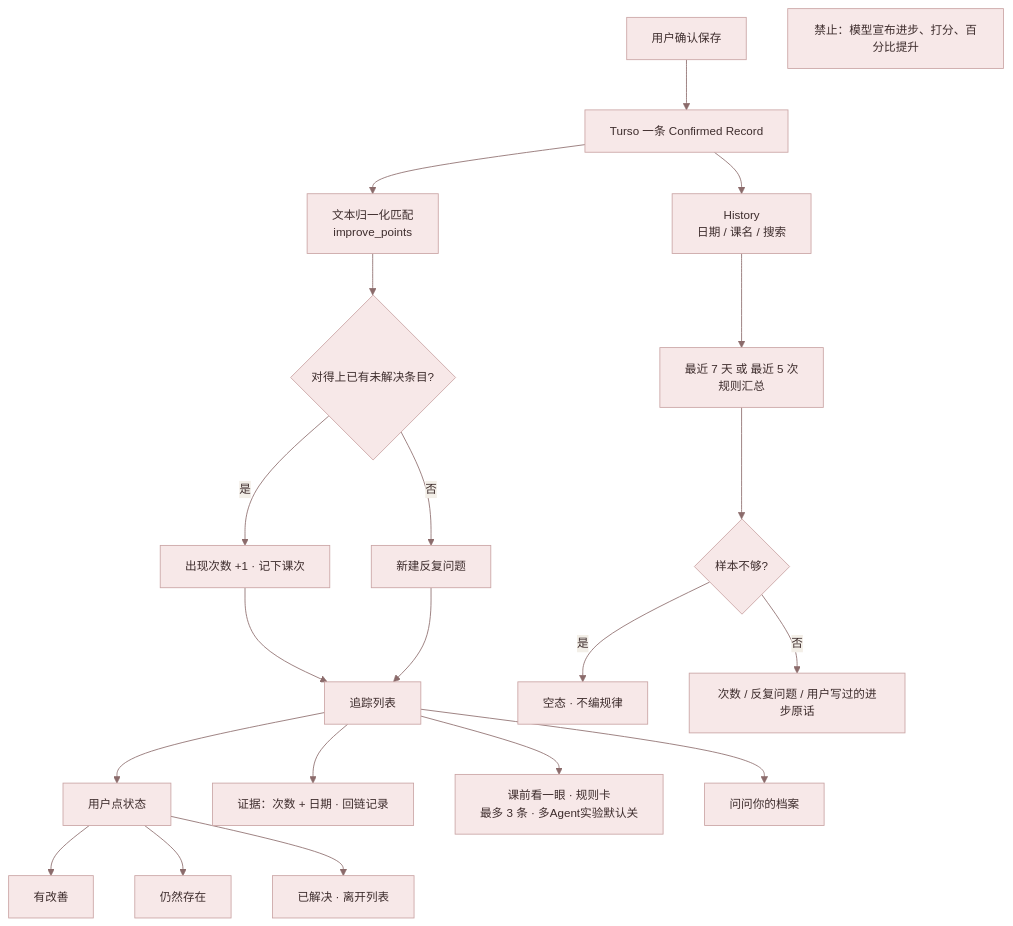
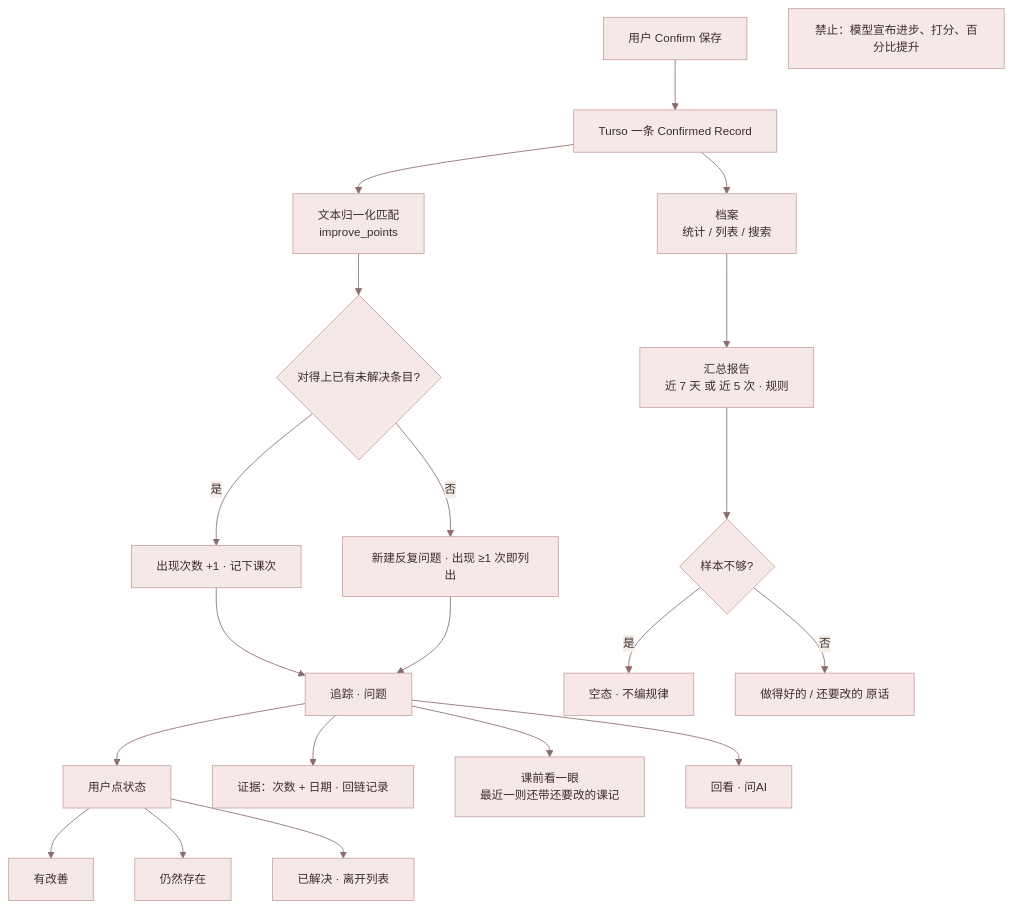
The diagram in docs/pm_docs/2.0_user_flow_progress.mmd (zuoyingchang/balletmind-app), drawn with Mermaid before and after one commit. The commit also changed 26 other files, not shown here.

Commit message:
Update 2.0 docs and flow diagrams; add a rule not to commit or push without asking.

```diff
--- a/docs/pm_docs/2.0_user_flow_progress.mmd
+++ b/docs/pm_docs/2.0_user_flow_progress.mmd
@@ -1,27 +1,27 @@
 %%{init: {'theme':'base', 'themeVariables': { 'primaryColor':'#F7E8E8','primaryTextColor':'#3D2C2C','primaryBorderColor':'#C9A3A3','lineColor':'#8B6B6B','secondaryColor':'#F3EFE8','tertiaryColor':'#FFF8F5','fontFamily':'PingFang SC, Noto Sans SC, sans-serif','fontSize':'14px'}}}%%
 flowchart TD
-  SAVE[用户确认保存] --> REC[Turso 一条 Confirmed Record]
-  REC --> HIST[History<br/>日期 / 课名 / 搜索]
+  SAVE[用户 Confirm 保存] --> REC[Turso 一条 Confirmed Record]
+  REC --> HIST[档案<br/>统计 / 列表 / 搜索]
   REC --> MATCH[文本归一化匹配<br/>improve_points]
 
   MATCH --> NEW{对得上已有未解决条目?}
   NEW -->|是| BUMP[出现次数 +1 · 记下课次]
-  NEW -->|否| OPEN[新建反复问题]
+  NEW -->|否| OPEN[新建反复问题 · 出现 ≥1 次即列出]
 
-  BUMP --> LIST[追踪列表]
+  BUMP --> LIST[追踪 · 问题]
   OPEN --> LIST
   LIST --> ST[用户点状态]
   ST --> ST1[有改善]
   ST --> ST2[仍然存在]
   ST --> ST3[已解决 · 离开列表]
 
   LIST --> EVI[证据：次数 + 日期 · 回链记录]
-  LIST --> BRIEF[课前看一眼 · 规则卡<br/>最多 3 条 · 多Agent实验默认关]
-  LIST --> ASK[问问你的档案]
-  HIST --> WIN[最近 7 天 或 最近 5 次<br/>规则汇总]
+  LIST --> BRIEF[课前看一眼<br/>最近一则还带还要改的课记]
+  LIST --> ASK[回看 · 问AI]
+  HIST --> WIN[汇总报告<br/>近 7 天 或 近 5 次 · 规则]
 
   WIN --> EMPTY{样本不够?}
   EMPTY -->|是| ES[空态 · 不编规律]
-  EMPTY -->|否| SUM[次数 / 反复问题 / 用户写过的进步原话]
+  EMPTY -->|否| SUM[做得好的 / 还要改的 原话]
 
   NOTE[禁止：模型宣布进步、打分、百分比提升]
```
